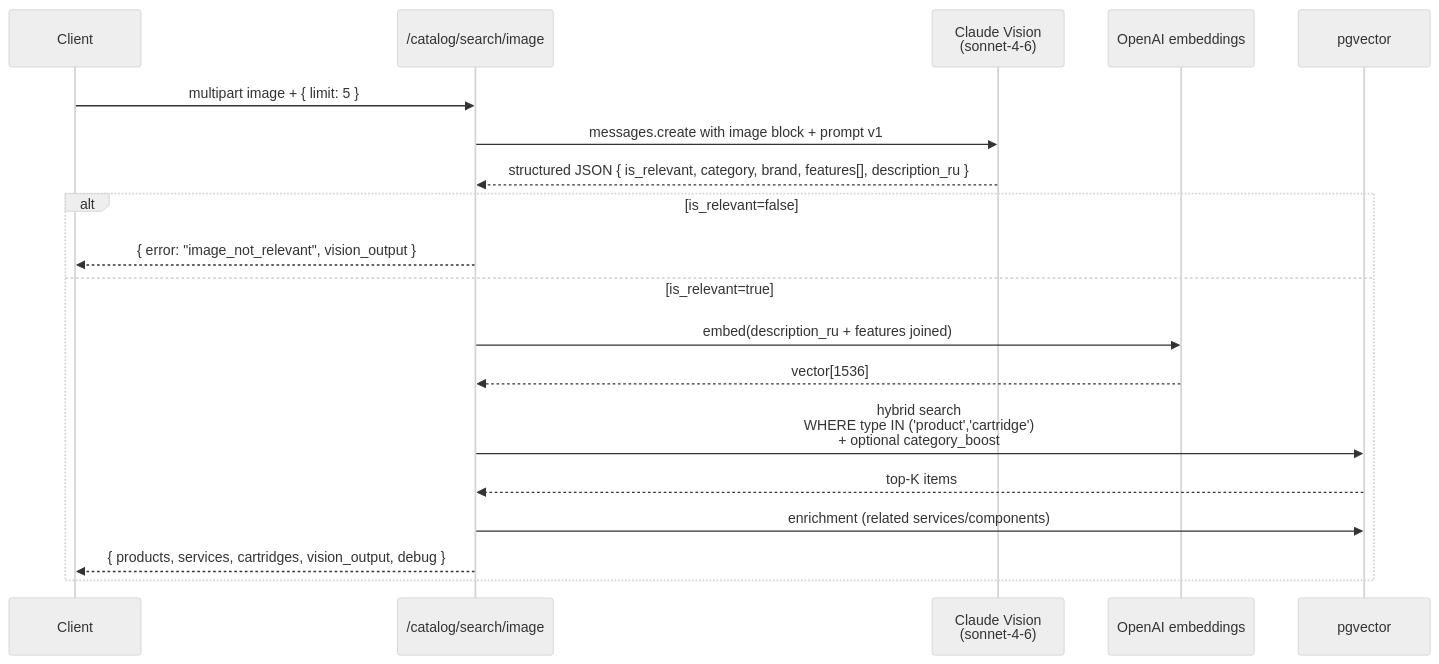
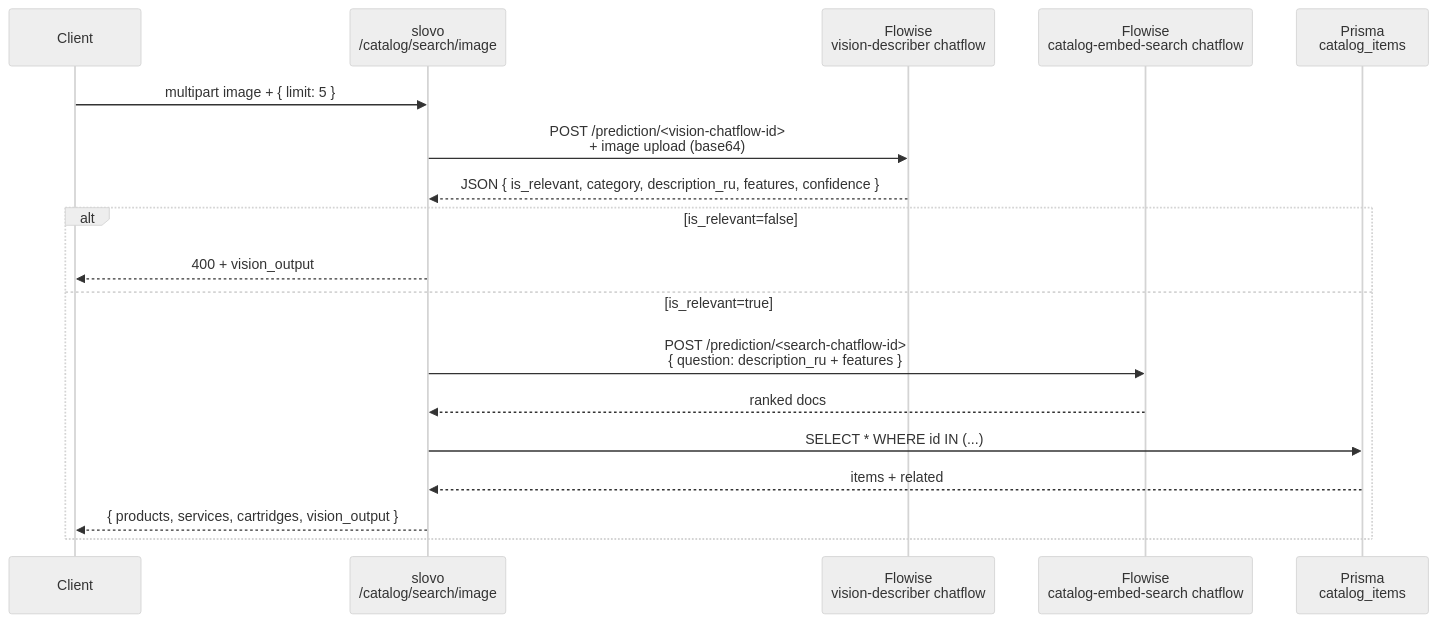
One commit to Pelmenya/slovo changed the third of 3 diagrams in docs/features/vision-catalog-search.md. Above: the diagram before and after it, drawn with Mermaid (neutral theme). The commit also changed other lines of this file and 6 other files, not shown here.

````diff
--- a/docs/features/vision-catalog-search.md
+++ b/docs/features/vision-catalog-search.md
@@ -136,23 +161,22 @@
 ```mermaid
 sequenceDiagram
     participant Client
-    participant API as /catalog/search/image
-    participant CV as Claude Vision<br/>(sonnet-4-6)
-    participant OAI as OpenAI embeddings
-    participant PG as pgvector
+    participant Slovo as slovo<br/>/catalog/search/image
+    participant FWV as Flowise<br/>vision-describer chatflow
+    participant FWE as Flowise<br/>catalog-embed-search chatflow
+    participant Prisma as Prisma<br/>catalog_items
 
-    Client->>API: multipart image + { limit: 5 }
-    API->>CV: messages.create with image block + prompt v1
-    CV-->>API: structured JSON { is_relevant, category, brand, features[], description_ru }
+    Client->>Slovo: multipart image + { limit: 5 }
+    Slovo->>FWV: POST /prediction/<vision-chatflow-id><br/>+ image upload (base64)
+    FWV-->>Slovo: JSON { is_relevant, category, description_ru, features, confidence }
 
     alt is_relevant=false
-        API-->>Client: { error: "image_not_relevant", vision_output }
+        Slovo-->>Client: 400 + vision_output
     else is_relevant=true
-        API->>OAI: embed(description_ru + features joined)
-        OAI-->>API: vector[1536]
-        API->>PG: hybrid search<br/>WHERE type IN ('product','cartridge')<br/>+ optional category_boost
-        PG-->>API: top-K items
-        API->>PG: enrichment (related services/components)
-        API-->>Client: { products, services, cartridges, vision_output, debug }
+        Slovo->>FWE: POST /prediction/<search-chatflow-id><br/>{ question: description_ru + features }
+        FWE-->>Slovo: ranked docs
+        Slovo->>Prisma: SELECT * WHERE id IN (...)
+        Prisma-->>Slovo: items + related
+        Slovo-->>Client: { products, services, cartridges, vision_output }
     end
 ```
````
